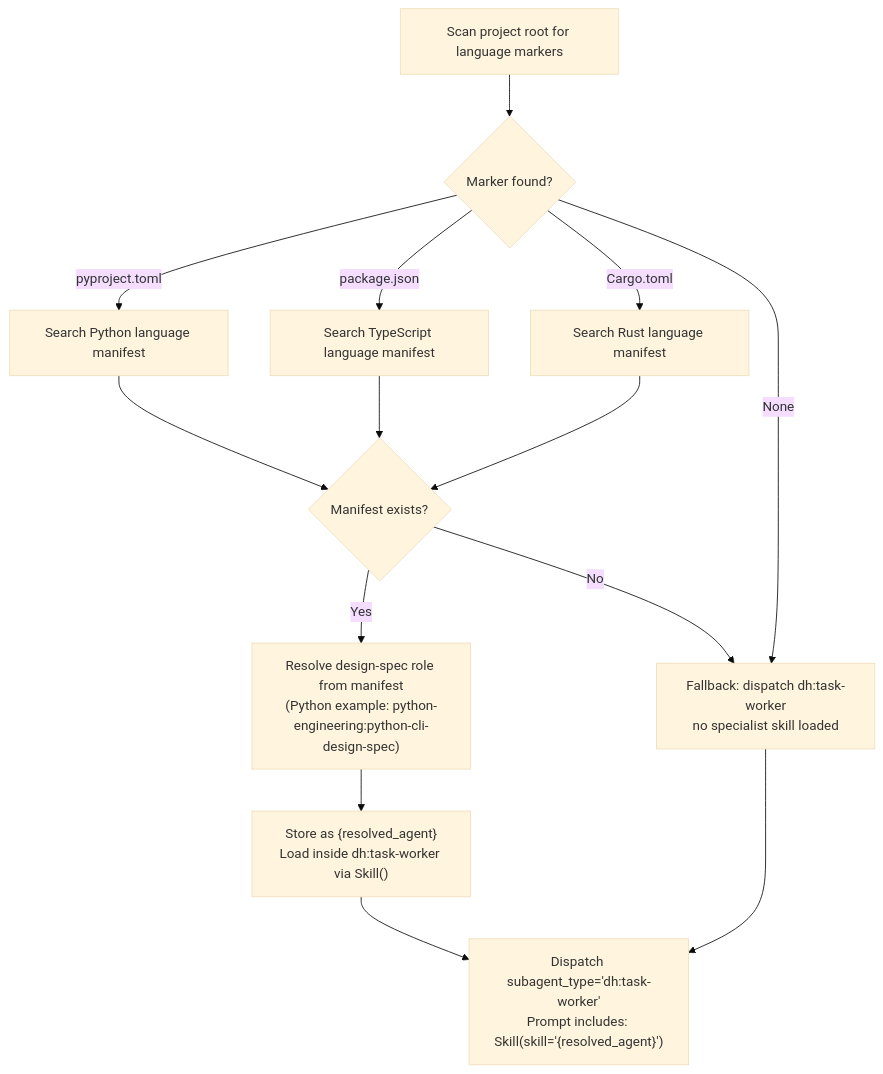
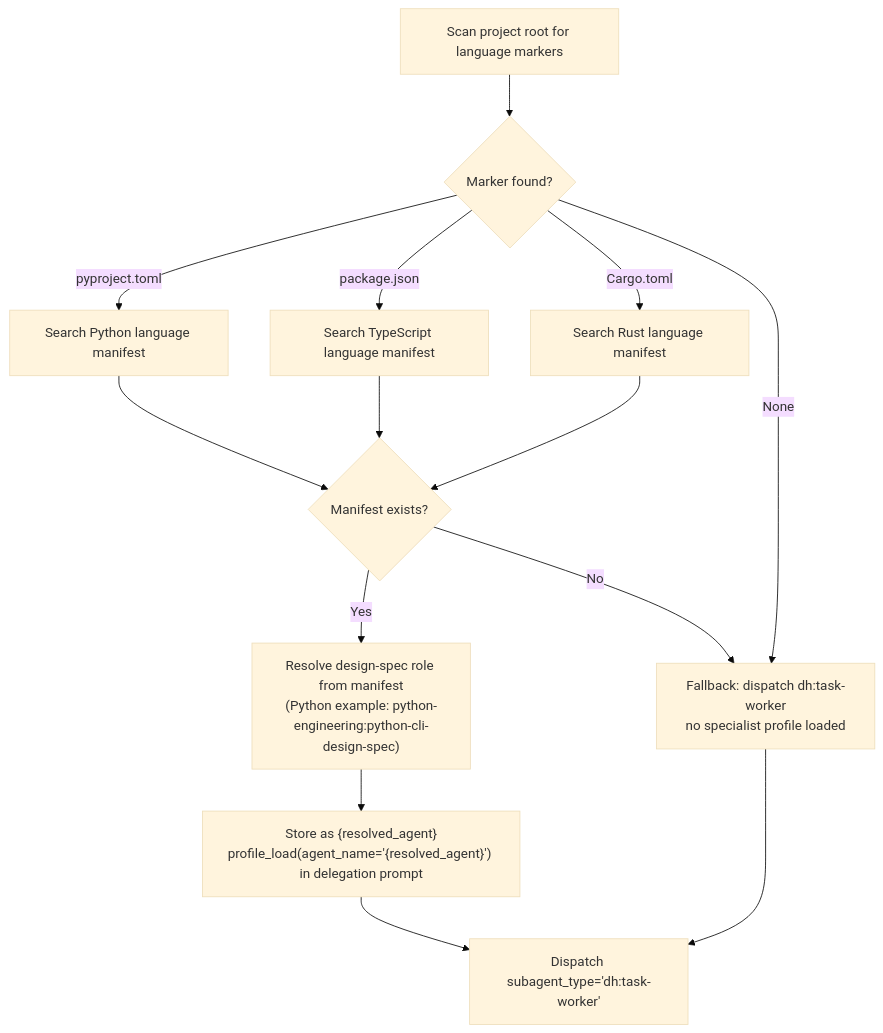
The second of 3 diagrams in plugins/development-harness/skills/add-new-feature/SKILL.md (Jamie-BitFlight/claude_skills), drawn with Mermaid (base theme) before and after one commit. The commit also changed other lines of this file and 1 other file, not shown here.

Commit message:
fix(add-new-feature): Phase 3 specialist loading uses profile_load not Skill()
task-worker loads specialist behavior via the agent_profile MCP tool
(profile_load) not via Skill(). Skill() loads a Claude Code skill into
the session; profile_load specializes task-worker's behavior for a task.
Phase 3 has no SAM task YAML, so the orchestrator includes an explicit
profile_load call in the delegation prompt instead of relying on the
automatic agent-field resolution that happens during SAM task dispatch.

https://claude.ai/code/session_0166C2xQGc2pugYt4ZWL5Kpd

````diff
--- a/plugins/development-harness/skills/add-new-feature/SKILL.md
+++ b/plugins/development-harness/skills/add-new-feature/SKILL.md
@@ -217,16 +217,16 @@
 ```mermaid
 flowchart TD
     Scan[Scan project root for language markers] --> Found{Marker found?}
     Found -->|pyproject.toml| Py[Search Python language manifest]
     Found -->|package.json| TS[Search TypeScript language manifest]
     Found -->|Cargo.toml| Rust[Search Rust language manifest]
     Found -->|None| FB["Fallback: dh:task-worker<br>(no specialist profile loaded)"]
     Py --> ManifestFound{Manifest exists?}
     TS --> ManifestFound
     Rust --> ManifestFound
     ManifestFound -->|Yes| Resolve["Resolve design-spec role from manifest<br>(Python example: python-engineering:python-cli-design-spec)"]
-    ManifestFound -->|No| FB["Fallback: dispatch dh:task-worker<br>no specialist skill loaded"]
-    Resolve --> Store["Store as {resolved_agent}<br>Load inside dh:task-worker via Skill()"]
-    Store --> Delegate["Dispatch subagent_type='dh:task-worker'<br>Prompt includes: Skill(skill='{resolved_agent}')"]
+    ManifestFound -->|No| FB["Fallback: dispatch dh:task-worker<br>no specialist profile loaded"]
+    Resolve --> Store["Store as {resolved_agent}<br>profile_load(agent_name='{resolved_agent}') in delegation prompt"]
+    Store --> Delegate["Dispatch subagent_type='dh:task-worker'"]
     FB --> Delegate
 ```
````
